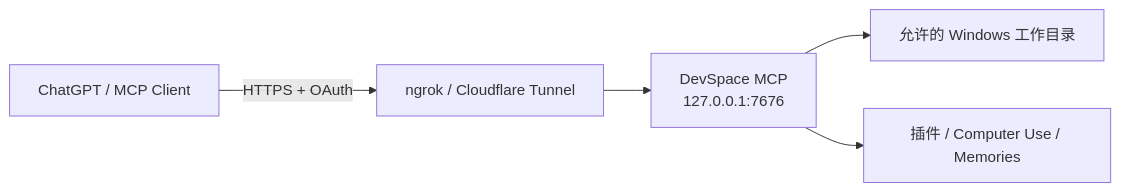
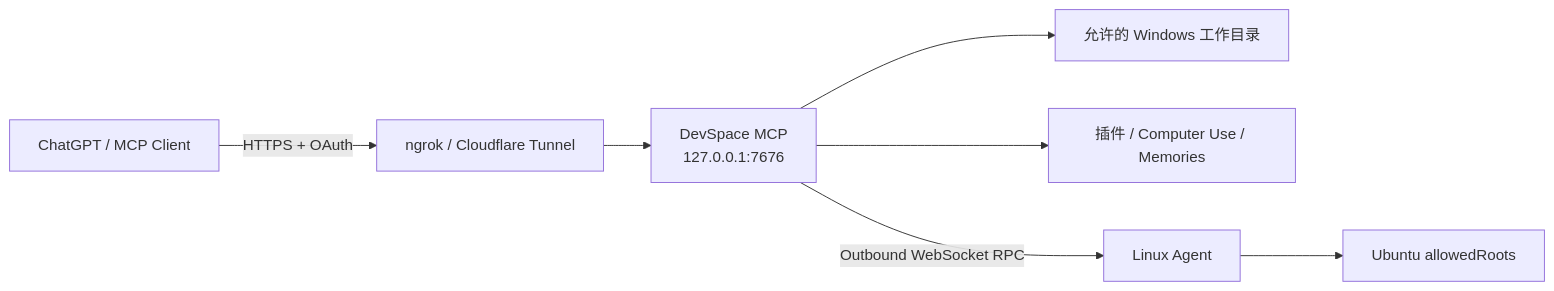
One commit to E3N-glotm/DevSpace-Deploy-Portable changed the diagram in README.md. Above: the diagram before and after it, drawn with Mermaid. The commit also changed other lines of this file and 29 other files, not shown here.

````diff
--- a/README.md
+++ b/README.md
@@ -23,7 +23,9 @@
 ```mermaid
 flowchart LR
     A[ChatGPT / MCP Client] -->|HTTPS + OAuth| B[ngrok / Cloudflare Tunnel]
     B --> C[DevSpace MCP<br/>127.0.0.1:7676]
     C --> D[允许的 Windows 工作目录]
     C --> E[插件 / Computer Use / Memories]
+    C -->|Outbound WebSocket RPC| F[Linux Agent]
+    F --> G[Ubuntu allowedRoots]
 ```
````
